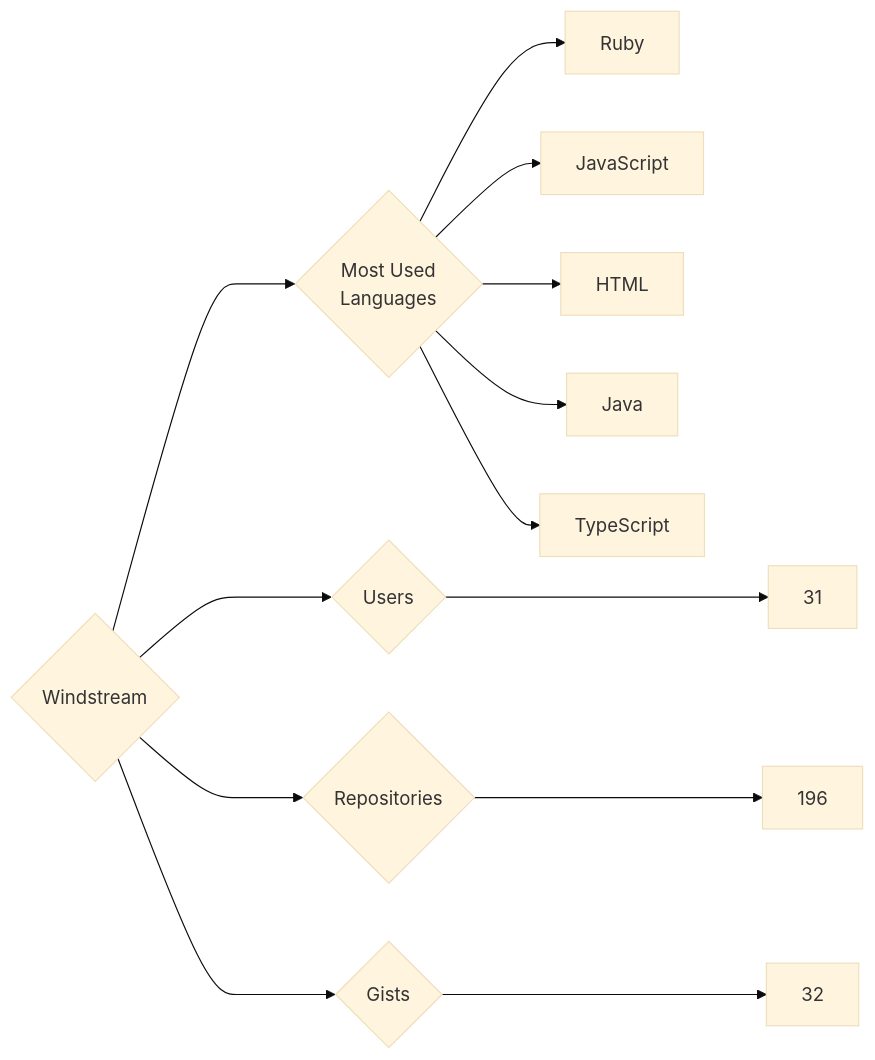
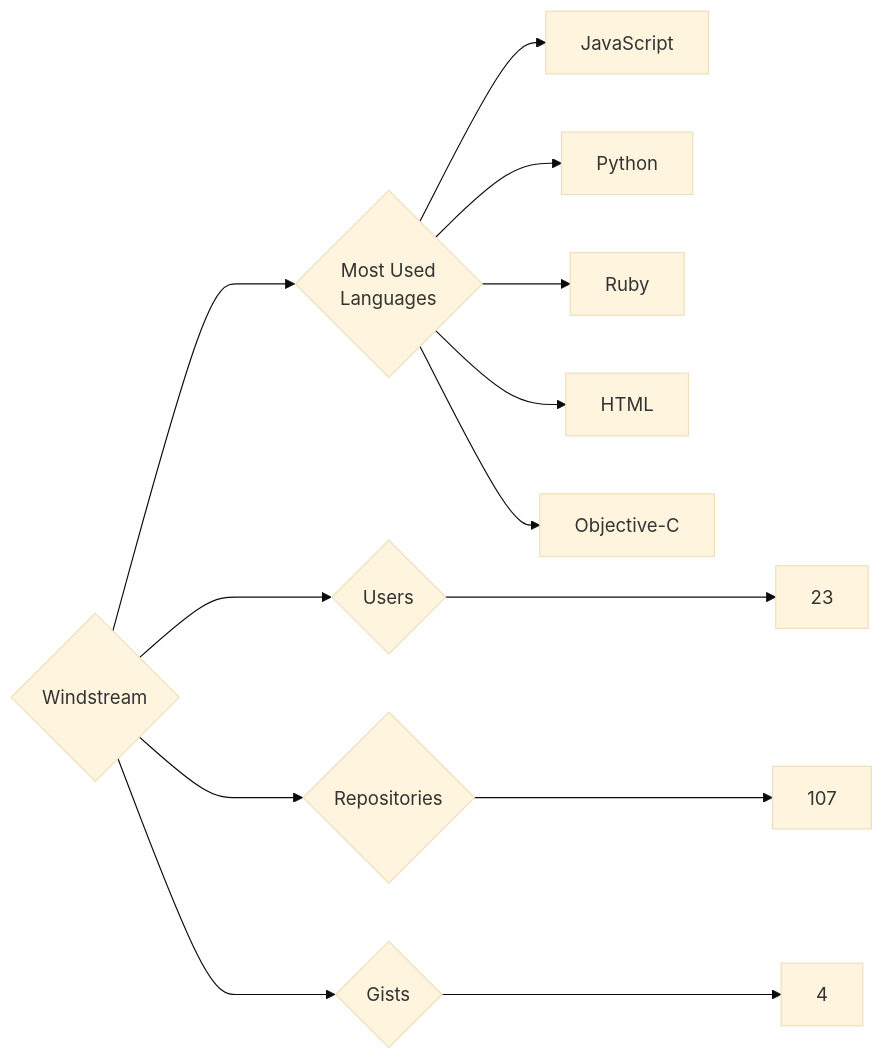
Before and after one commit to trickest/insiders: the diagram in targets/Windstream/README.md, drawn with Mermaid (base theme). The commit also changed 728 other files, not shown here.

````diff
--- a/targets/Windstream/README.md
+++ b/targets/Windstream/README.md
@@ -3,13 +3,13 @@
 ```mermaid
 graph LR
 COMPANY_NAME{Windstream}
-COMPANY_NAME ---> U{Users} ---> UN[31]
-COMPANY_NAME ---> R{Repositories} ---> RN[196]
-COMPANY_NAME ---> G{Gists} ---> GN[32]
+COMPANY_NAME ---> U{Users} ---> UN[23]
+COMPANY_NAME ---> R{Repositories} ---> RN[107]
+COMPANY_NAME ---> G{Gists} ---> GN[4]
 COMPANY_NAME ---> ML{Most Used<br>Languages}
+ML --> JavaScript[JavaScript]
+ML --> Python[Python]
 ML --> Ruby[Ruby]
-ML --> JavaScript[JavaScript]
 ML --> HTML[HTML]
-ML --> Java[Java]
-ML --> TypeScript[TypeScript]
+ML --> Objective-C[Objective-C]
 ```
````
